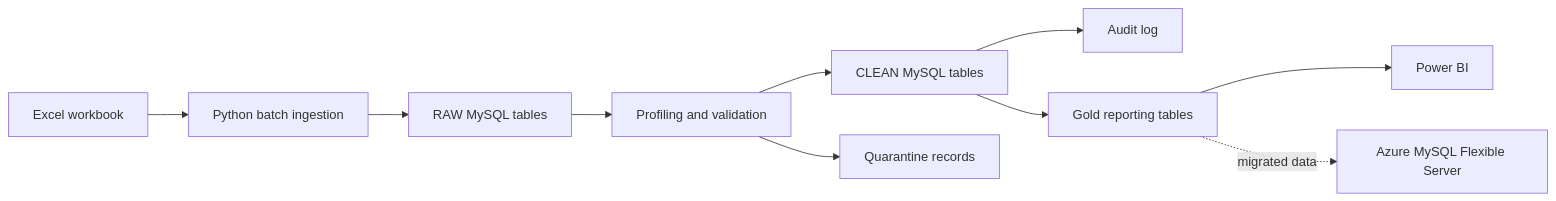
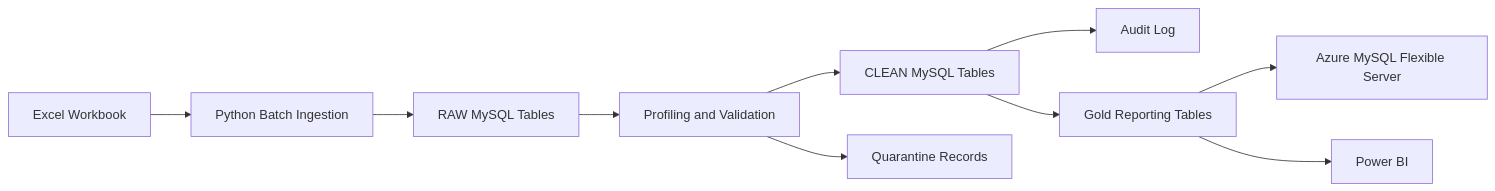
One commit to shambhu-pandey/ASG-Airlines-Data-Engineering changed the diagram in README.md. Above: the diagram before and after it, drawn with Mermaid. The commit also changed other lines of this file, not shown here.

````diff
--- a/README.md
+++ b/README.md
@@ -47,12 +118,12 @@
 ```mermaid
 flowchart LR
-	A[Excel workbook] --> B[Python batch ingestion]
-	B --> C[RAW MySQL tables]
-	C --> D[Profiling and validation]
-	D --> E[CLEAN MySQL tables]
-	D --> Q[Quarantine records]
-	E --> L[Audit log]
-	E --> G[Gold reporting tables]
-	G --> P[Power BI]
-	G -. migrated data .-> AZ[Azure MySQL Flexible Server]
+    A[Excel Workbook] --> B[Python Batch Ingestion]
+    B --> C[RAW MySQL Tables]
+    C --> D[Profiling and Validation]
+    D --> E[CLEAN MySQL Tables]
+    D --> Q[Quarantine Records]
+    E --> L[Audit Log]
+    E --> G[Gold Reporting Tables]
+    G --> AZ[Azure MySQL Flexible Server]
+    G --> P[Power BI]
 ```
````
